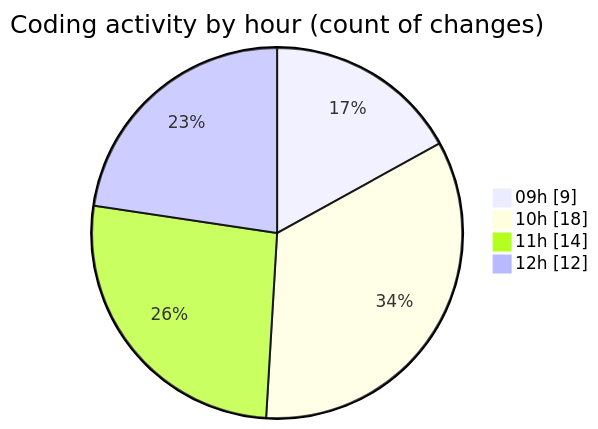
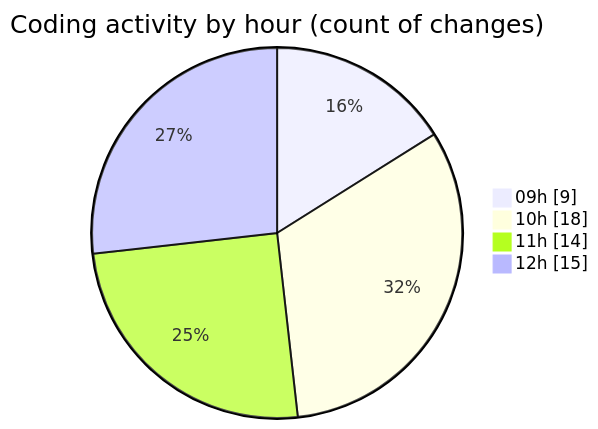
One commit to momahboobian/code-tracking changed the second of 2 diagrams in 2025-03-24/cda/README.md. Above: the diagram before and after it, drawn with Mermaid. The commit also changed other lines of this file and 1 other file, not shown here.

````diff
--- a/2025-03-24/cda/README.md
+++ b/2025-03-24/cda/README.md
@@ -42,8 +42,8 @@
 ```mermaid
 pie showData
 title Coding activity by hour (count of changes)
 "09h" : 9
 "10h" : 18
 "11h" : 14
-"12h" : 12
+"12h" : 15
 ```
````
